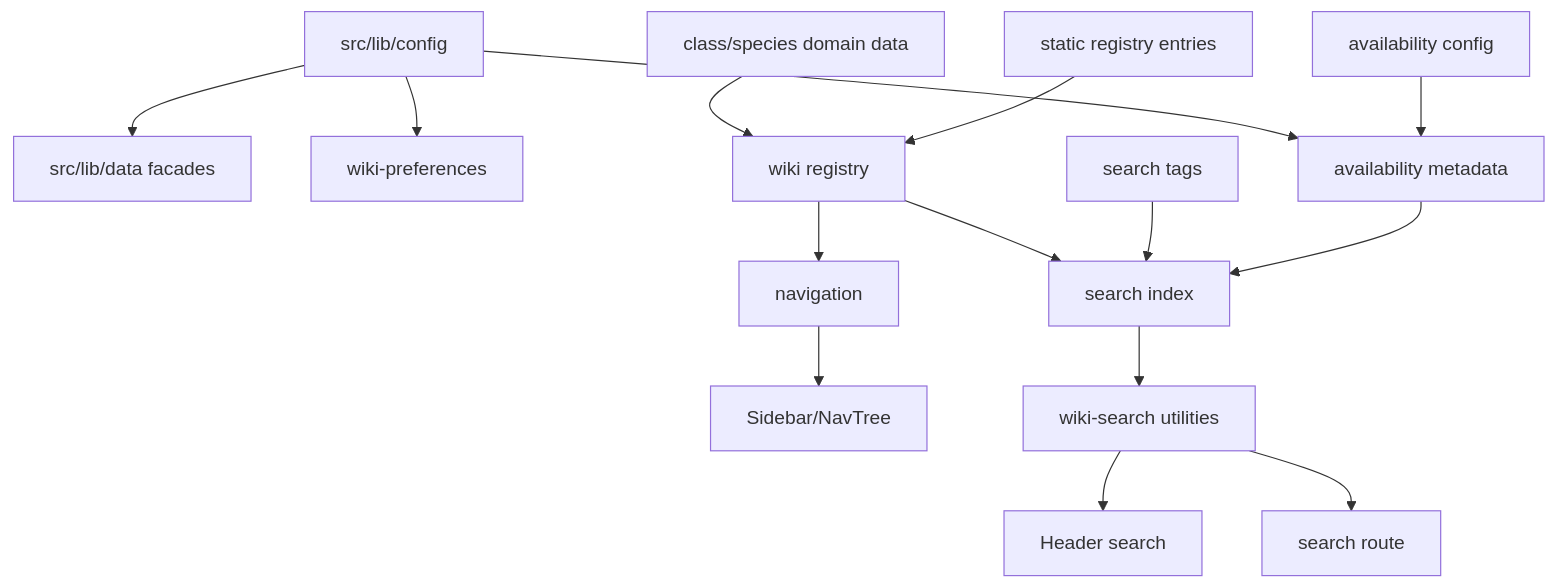
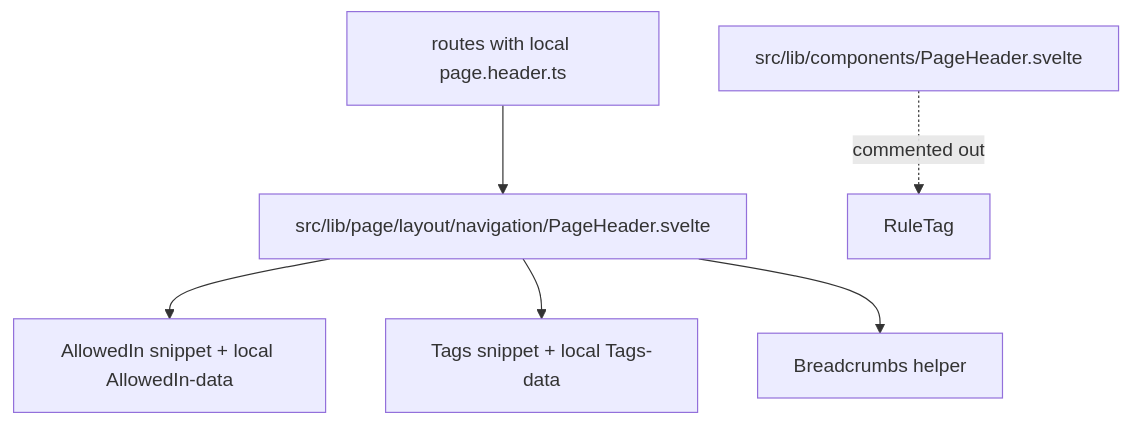
Before and after one commit to toon-van-berkel/dnd-wiki: the second of 8 diagrams in docs/architecture-audit/dependency-map.md, drawn with Mermaid. The commit also changed other lines of this file and 200 other files, not shown here.

````diff
--- a/docs/architecture-audit/dependency-map.md
+++ b/docs/architecture-audit/dependency-map.md
@@ -198,17 +17,8 @@
 ```mermaid
 flowchart TD
-  config["src/lib/config"] --> dataFacades["src/lib/data facades"]
-  config --> preferences["wiki-preferences"]
-  config --> availabilityMeta["availability metadata"]
-  domainData["class/species domain data"] --> registry["wiki registry"]
-  staticPages["static registry entries"] --> registry
-  registry --> navigation["navigation"]
-  registry --> searchIndex["search index"]
-  searchTags["search tags"] --> searchIndex
-  availability["availability config"] --> availabilityMeta
-  availabilityMeta --> searchIndex
-  navigation --> sidebar["Sidebar/NavTree"]
-  searchIndex --> searchUtils["wiki-search utilities"]
-  searchUtils --> header["Header search"]
-  searchUtils --> searchRoute["search route"]
+  Route["routes with local page.header.ts"] --> H["src/lib/page/layout/navigation/PageHeader.svelte"]
+  H --> A["AllowedIn snippet + local AllowedIn-data"]
+  H --> T["Tags snippet + local Tags-data"]
+  H --> B["Breadcrumbs helper"]
+  Legacy["src/lib/components/PageHeader.svelte"] -. commented out .-> RT["RuleTag"]
 ```
````
